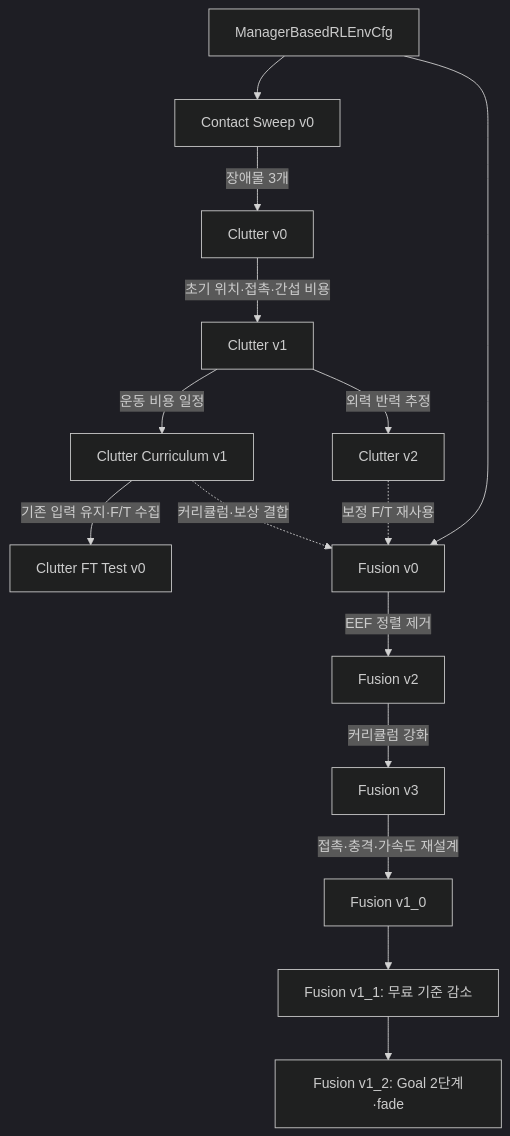
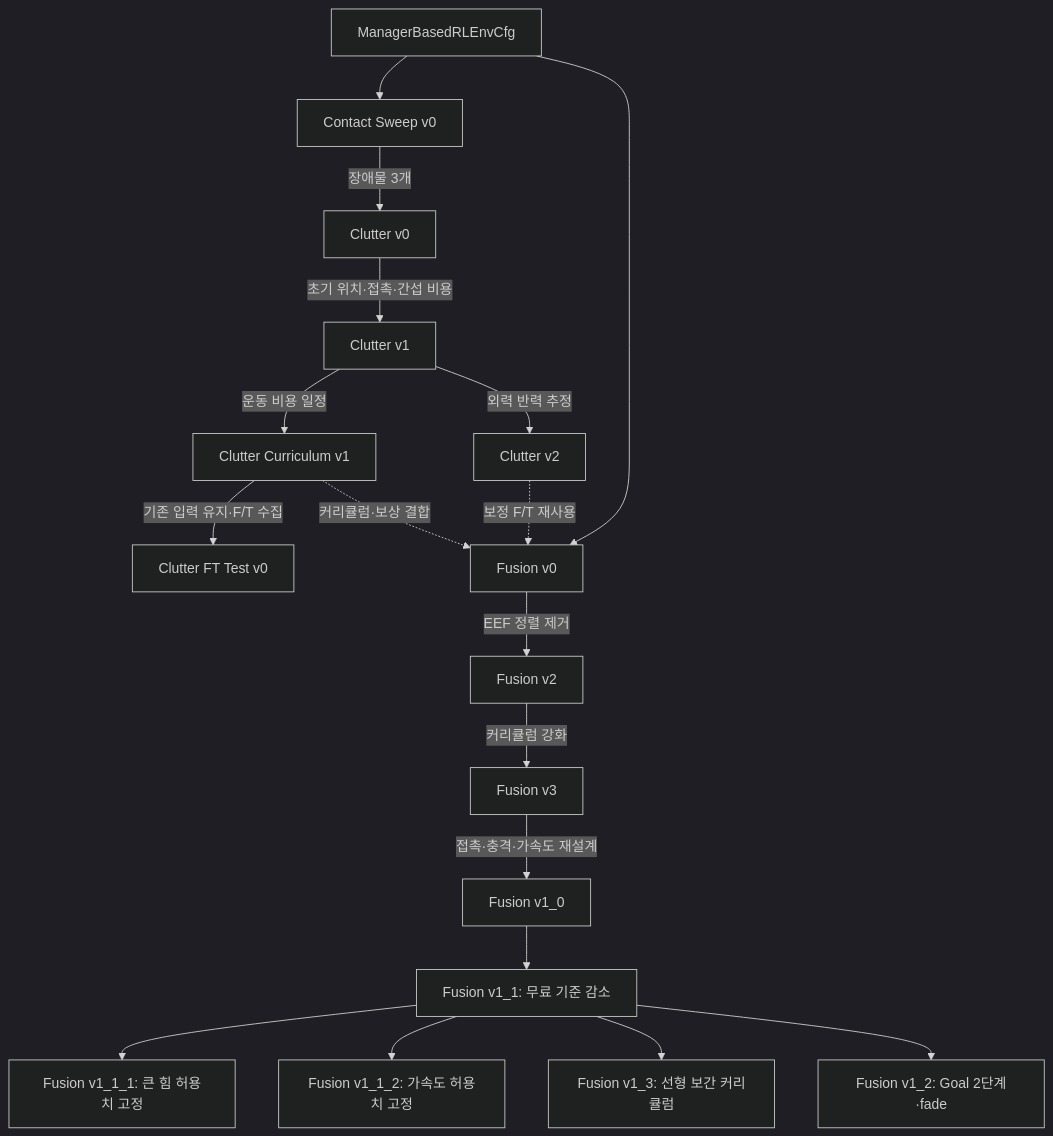
Before and after one commit to 7cmdehdrb/Contact-Rich-Manipulation-Context: the fourth of 4 diagrams in 02_implementation/environments/ENVIRONMENT_EVOLUTION.md, drawn with Mermaid (dark theme). The commit also changed other lines of this file and 11 other files, not shown here.

````diff
--- a/02_implementation/environments/ENVIRONMENT_EVOLUTION.md
+++ b/02_implementation/environments/ENVIRONMENT_EVOLUTION.md
@@ -115,28 +115,31 @@
 ```mermaid
 flowchart TD
     M["ManagerBasedRLEnvCfg"]
     C["Contact Sweep v0"]
     C0["Clutter v0"]
     C1["Clutter v1"]
     CC["Clutter Curriculum v1"]
     C2["Clutter v2"]
     FT["Clutter FT Test v0"]
     F0["Fusion v0"]
     F2["Fusion v2"]
     F3["Fusion v3"]
     F10["Fusion v1_0"]
     F10 --> F11["Fusion v1_1: 무료 기준 감소"]
+    F11 --> F111["Fusion v1_1_1: 큰 힘 허용치 고정"]
+    F11 --> F112["Fusion v1_1_2: 가속도 허용치 고정"]
+    F11 --> F13["Fusion v1_3: 선형 보간 커리큘럼"]
     F11 --> F12["Fusion v1_2: Goal 2단계·fade"]
     M --> C
     C -->|"장애물 3개"| C0
     C0 -->|"초기 위치·접촉·간섭 비용"| C1
     C1 -->|"운동 비용 일정"| CC
     C1 -->|"외력 반력 추정"| C2
     CC -->|"기존 입력 유지·F/T 수집"| FT
     M --> F0
     CC -. "커리큘럼·보상 결합" .-> F0
     C2 -. "보정 F/T 재사용" .-> F0
     F0 -->|"EEF 정렬 제거"| F2
     F2 -->|"커리큘럼 강화"| F3
     F3 -->|"접촉·충격·가속도 재설계"| F10
 ```
````
